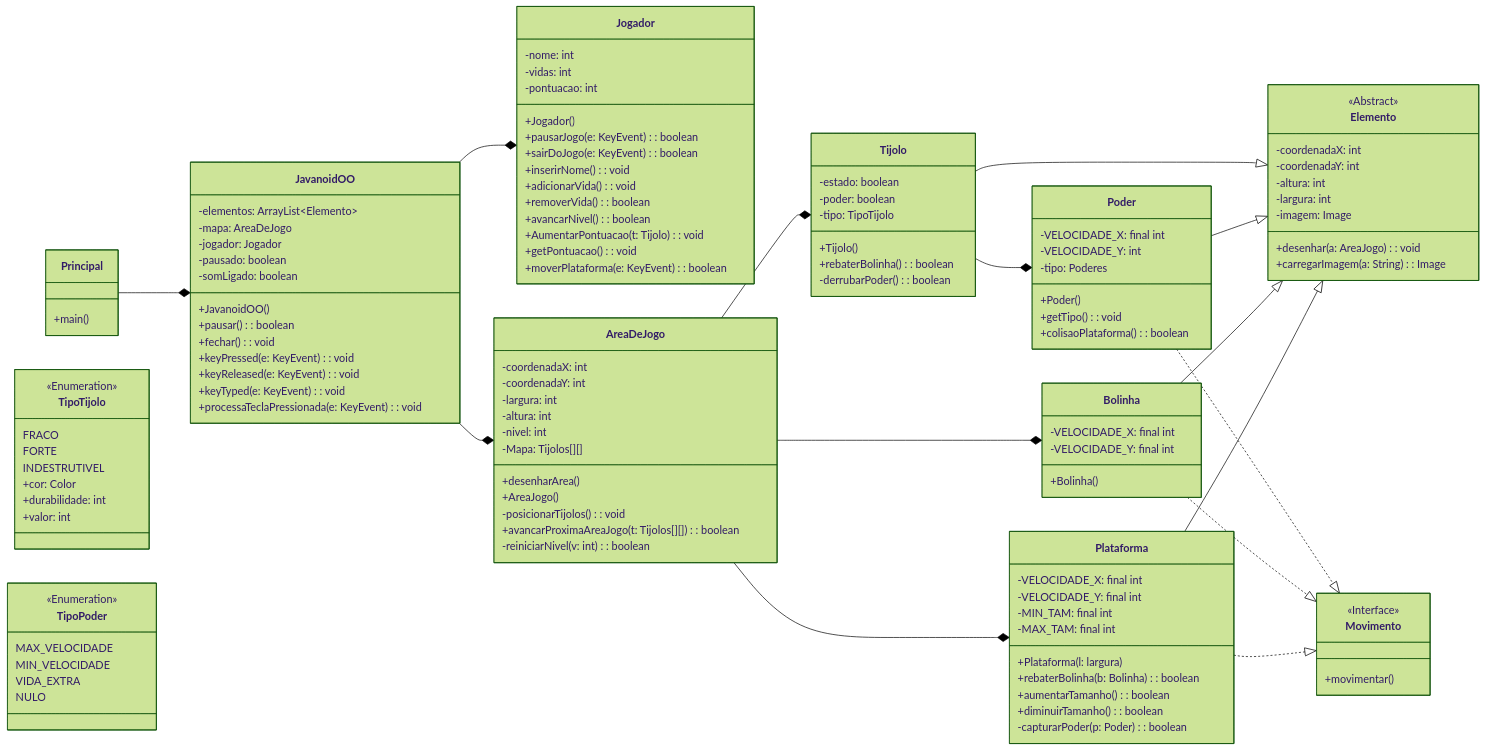
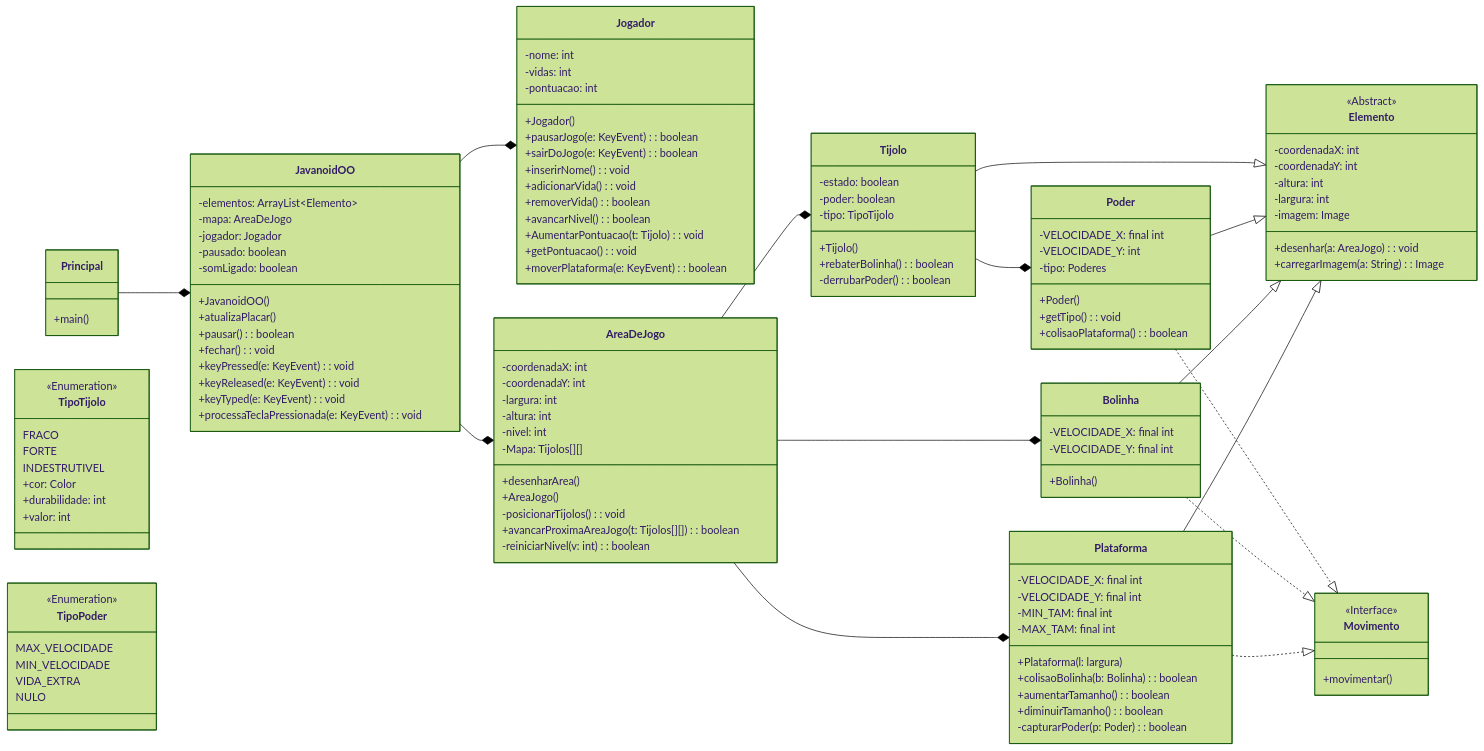
One commit to luizakuze/POO changed the diagram in proj-02/diagrama5.md. Above: the diagram before and after it, drawn with Mermaid (forest theme). The commit also changed other lines of this file and 3 other files, not shown here.

Commit message:
diagrama

```diff
--- a/proj-02/diagrama5.md
+++ b/proj-02/diagrama5.md
@@ -31,6 +32,7 @@
         -pausado: boolean
         -somLigado: boolean
         +JavanoidOO()
+        +atualizaPlacar()
         +pausar(): boolean
         +fechar(): void
         +keyPressed(e: KeyEvent): void
@@ -60,7 +62,7 @@
         -MIN_TAM: final int
         -MAX_TAM: final int
         +Plataforma(l: largura)
-        +rebaterBolinha(b: Bolinha): boolean
+        +colisaoBolinha(b: Bolinha): boolean
         +aumentarTamanho(): boolean
         +diminuirTamanho(): boolean
         -capturarPoder(p: Poder): boolean
```
